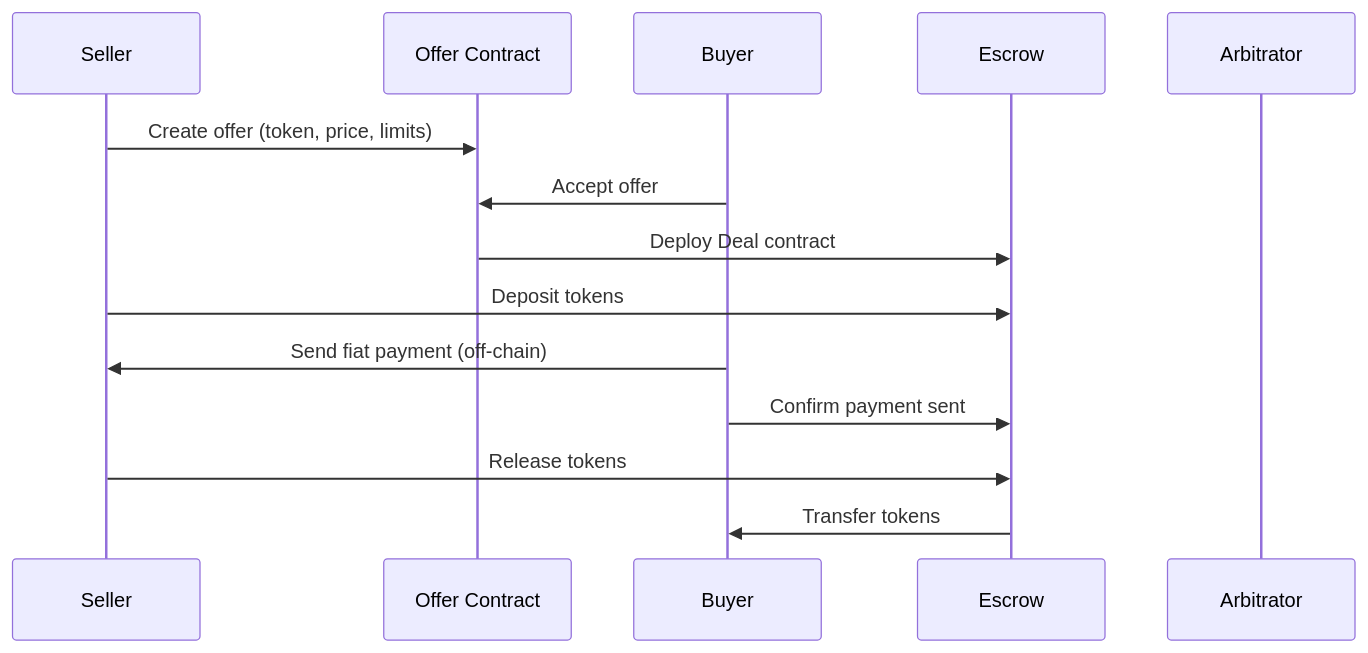
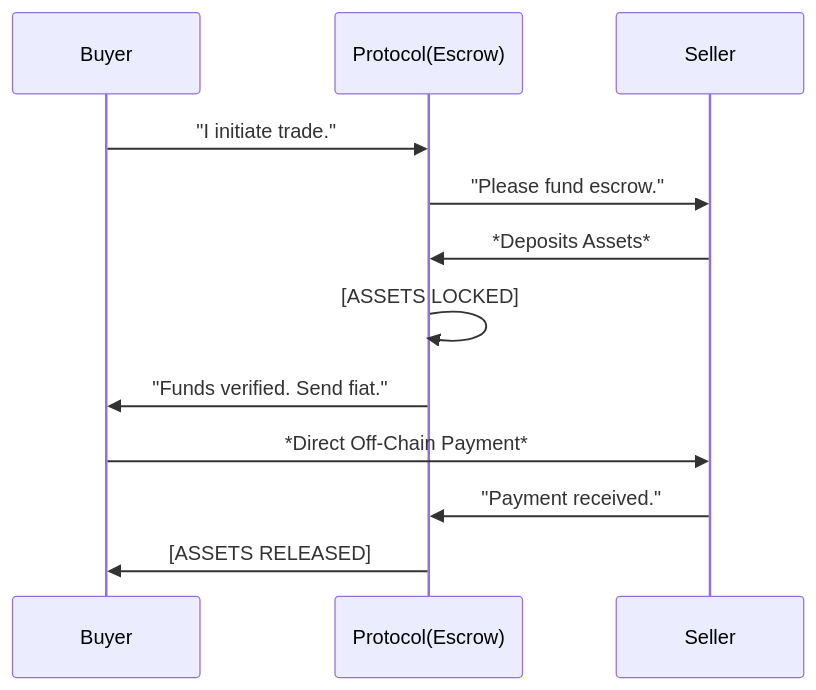
One commit to dappvibe/pexfi changed the diagram in docs/platform/how-it-works.mdx. Above: the diagram before and after it, drawn with Mermaid. The commit also changed other lines of this file and 5 other files, not shown here.

````diff
--- a/docs/platform/how-it-works.mdx
+++ b/docs/platform/how-it-works.mdx
@@ -13,17 +17,15 @@
 ```mermaid
 sequenceDiagram
+    participant Buyer
+    participant Protocol(Escrow)
     participant Seller
-    participant Offer Contract
-    participant Buyer
-    participant Escrow
-    participant Arbitrator
 
-    Seller->>Offer Contract: Create offer (token, price, limits)
-    Buyer->>Offer Contract: Accept offer
-    Offer Contract->>Escrow: Deploy Deal contract
-    Seller->>Escrow: Deposit tokens
-    Buyer->>Seller: Send fiat payment (off-chain)
-    Buyer->>Escrow: Confirm payment sent
-    Seller->>Escrow: Release tokens
-    Escrow->>Buyer: Transfer tokens
+    Buyer->>Protocol(Escrow): "I initiate trade."
+    Protocol(Escrow)->>Seller: "Please fund escrow."
+    Seller->>Protocol(Escrow): *Deposits Assets*
+    Protocol(Escrow)->>Protocol(Escrow): [ASSETS LOCKED]
+    Protocol(Escrow)->>Buyer: "Funds verified. Send fiat."
+    Buyer->>Seller: *Direct Off-Chain Payment*
+    Seller->>Protocol(Escrow): "Payment received."
+    Protocol(Escrow)->>Buyer: [ASSETS RELEASED]
 ```
````
